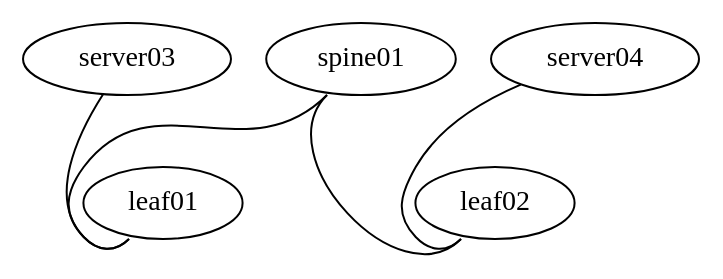
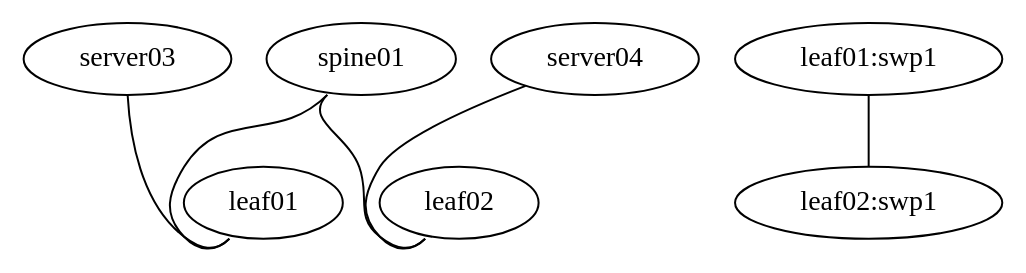
One commit to laquiante/ON-02 changed the diagram in Linux02.dot. Above: the diagram before and after it, drawn with Graphviz.

```diff
--- a/Linux02.dot
+++ b/Linux02.dot
@@ -1,16 +1,17 @@
-graph "Linux02" {
+graph "Linux03-a" {
 
 "server03" [function="host" os="generic/ubuntu1804" ssh_user="cumulus" config="tc_files/cldemo2_extra_server_config.sh"]
 "server04" [function="host" os="generic/ubuntu1804" ssh_user="cumulus" config="tc_files/cldemo2_extra_server_config.sh"]
 
 "leaf01" [function="leaf" os="CumulusCommunity/cumulus-vx" version="4.1.1" ]
 "leaf02" [function="leaf" os="CumulusCommunity/cumulus-vx" version="4.1.1" ]
 "spine01" [function="spine" os="CumulusCommunity/cumulus-vx" version="4.1.1" ]
 
 "server03":"eth1" -- "leaf01":"swp2"
 "server04":"eth1" -- "leaf02":"swp2"
+"leaf01:swp1" -- "leaf02:swp1"
 
 "spine01":"swp11" -- "leaf01":"swp11"
 "spine01":"swp12" -- "leaf02":"swp12"
 
 }
```
